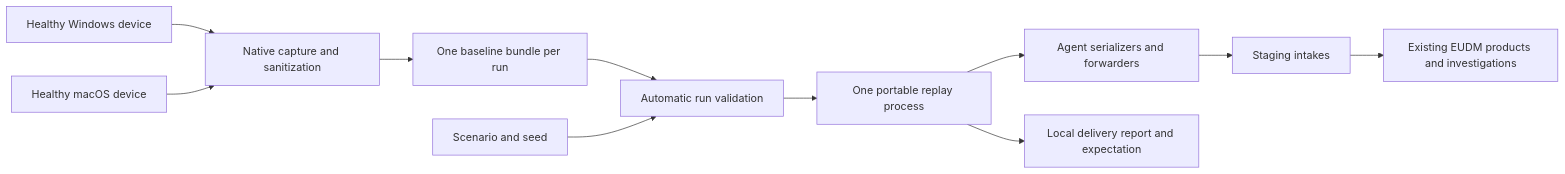
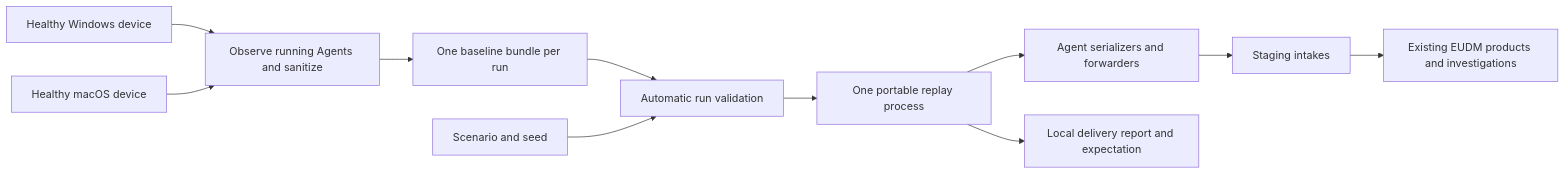
One commit to DataDog/datadog-agent changed the diagram in doc/reference/eudm-simulator/index.md. Above: the diagram before and after it, drawn with Mermaid. The commit also changed other lines of this file and 520 other files, not shown here.

````diff
--- a/doc/reference/eudm-simulator/index.md
+++ b/doc/reference/eudm-simulator/index.md
@@ -27,13 +32,13 @@
 ```mermaid
 flowchart LR
-    W[Healthy Windows device] --> C[Native capture and sanitization]
+    W[Healthy Windows device] --> C[Observe running Agents and sanitize]
     M[Healthy macOS device] --> C
     C --> B[One baseline bundle per run]
     B --> V[Automatic run validation]
     S[Scenario and seed] --> V
     V --> R[One portable replay process]
     R --> A[Agent serializers and forwarders]
     A --> I[Staging intakes]
     I --> P[Existing EUDM products and investigations]
     R --> L[Local delivery report and expectation]
 ```
````
